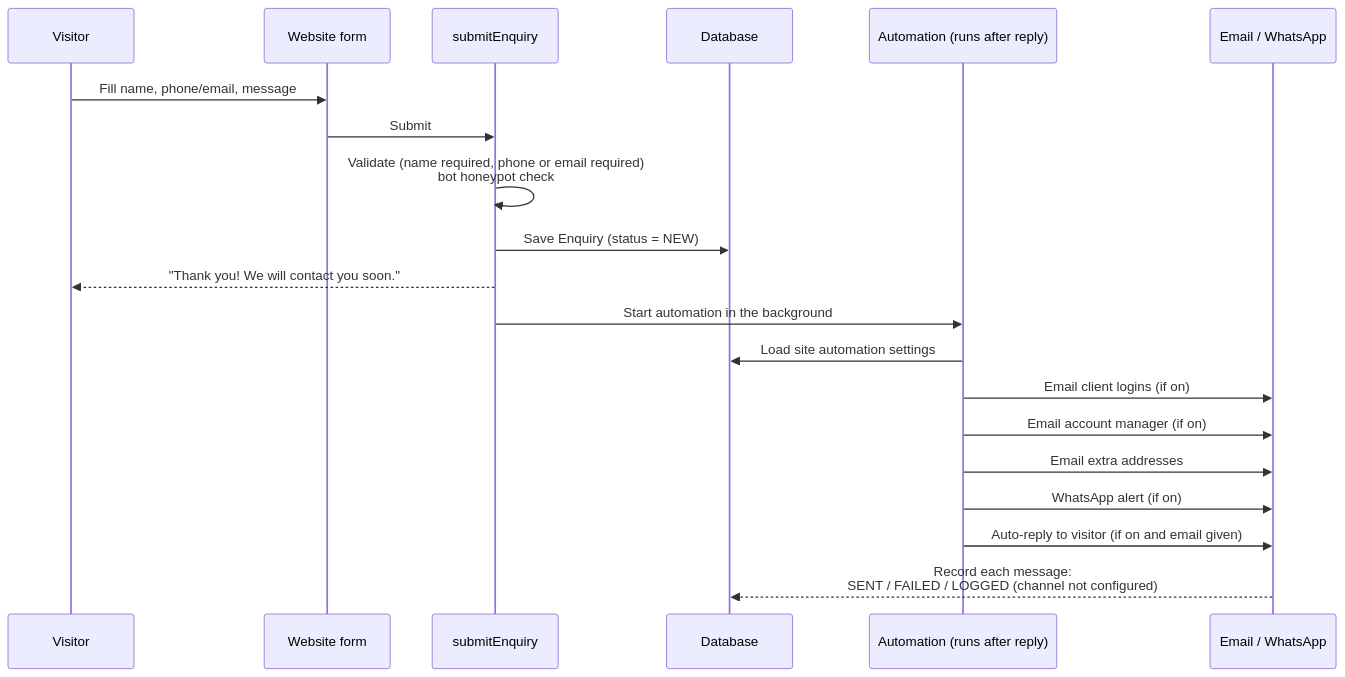
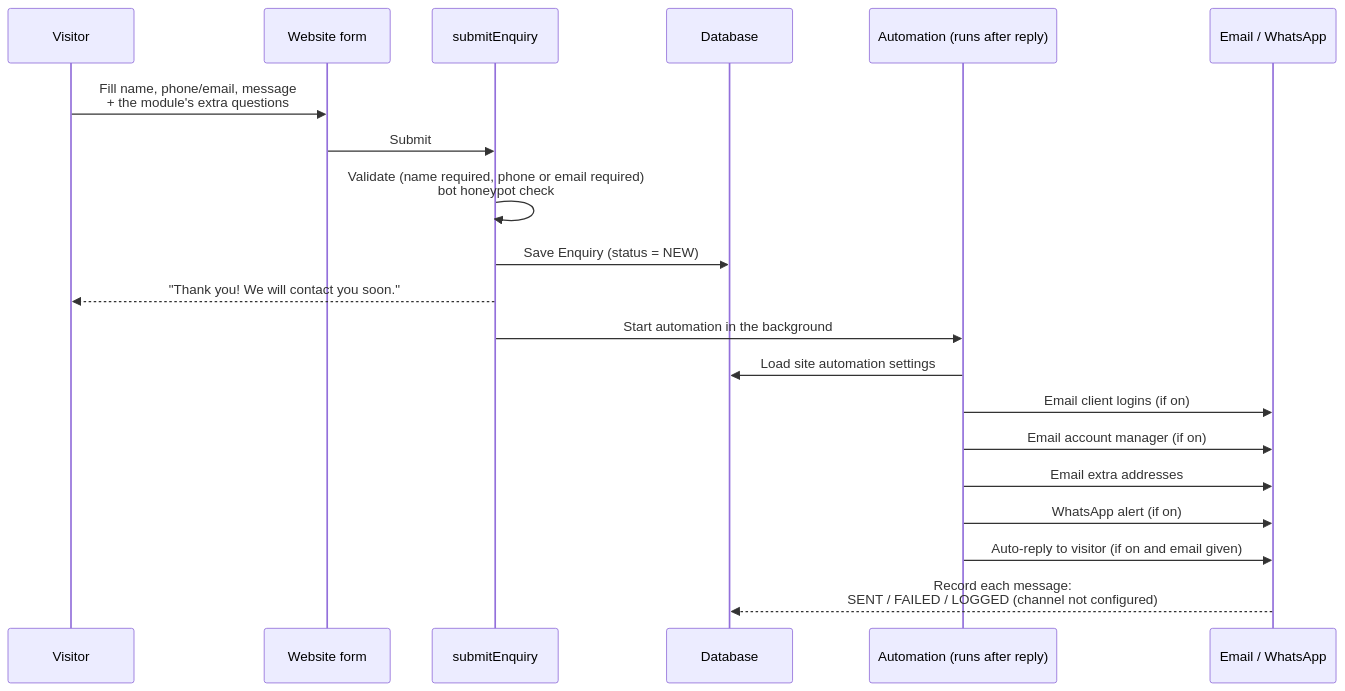
The seventh of 11 diagrams in docs/APPLICATION_FLOW.md (Ritiksharmaji/site-auto-matrix), drawn with Mermaid before and after one commit. The commit also changed other lines of this file and 44 other files, not shown here.

````diff
--- a/docs/APPLICATION_FLOW.md
+++ b/docs/APPLICATION_FLOW.md
@@ -415,23 +416,23 @@
 ```mermaid
 sequenceDiagram
     participant V as Visitor
     participant S as Website form
     participant A as submitEnquiry
     participant DB as Database
     participant AU as Automation (runs after reply)
     participant E as Email / WhatsApp
 
-    V->>S: Fill name, phone/email, message
+    V->>S: Fill name, phone/email, message<br/>+ the module's extra questions
     S->>A: Submit
     A->>A: Validate (name required, phone or email required)<br/>bot honeypot check
     A->>DB: Save Enquiry (status = NEW)
     A-->>V: "Thank you! We will contact you soon."
     A->>AU: Start automation in the background
     AU->>DB: Load site automation settings
     AU->>E: Email client logins (if on)
     AU->>E: Email account manager (if on)
     AU->>E: Email extra addresses
     AU->>E: WhatsApp alert (if on)
     AU->>E: Auto-reply to visitor (if on and email given)
     E-->>DB: Record each message:<br/>SENT / FAILED / LOGGED (channel not configured)
 ```
````
